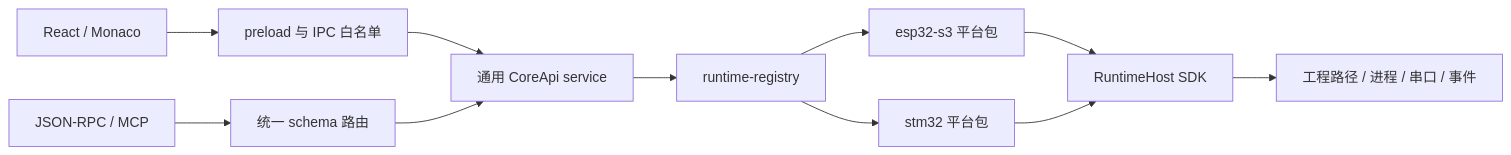
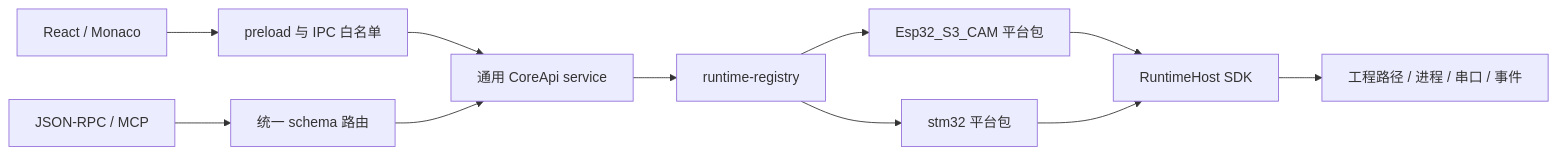
Before and after one commit to mioolio/blode: the diagram in docs/ARCHITECTURE.md, drawn with Mermaid. The commit also changed other lines of this file and 161 other files, not shown here.

````diff
--- a/docs/ARCHITECTURE.md
+++ b/docs/ARCHITECTURE.md
@@ -26,13 +26,13 @@
 ```mermaid
 flowchart LR
     UI[React / Monaco] --> IPC[preload 与 IPC 白名单]
     AI[JSON-RPC / MCP] --> Routes[统一 schema 路由]
     IPC --> Core[通用 CoreApi service]
     Routes --> Core
     Core --> Registry[runtime-registry]
-    Registry --> S3[esp32-s3 平台包]
+    Registry --> S3[Esp32_S3_CAM 平台包]
     Registry --> STM32[stm32 平台包]
     S3 --> Host[RuntimeHost SDK]
     STM32 --> Host
     Host --> OS[工程路径 / 进程 / 串口 / 事件]
 ```
````
